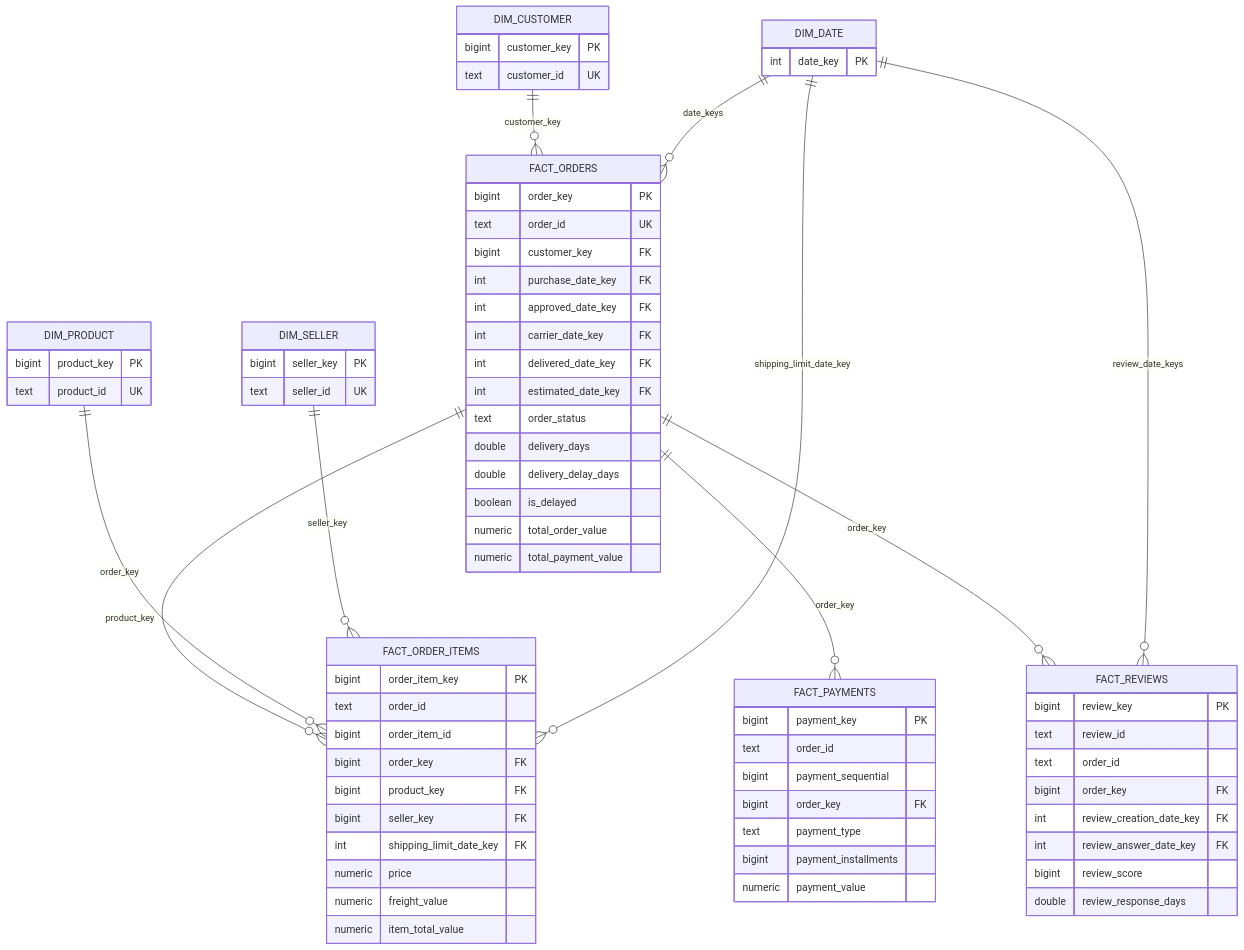
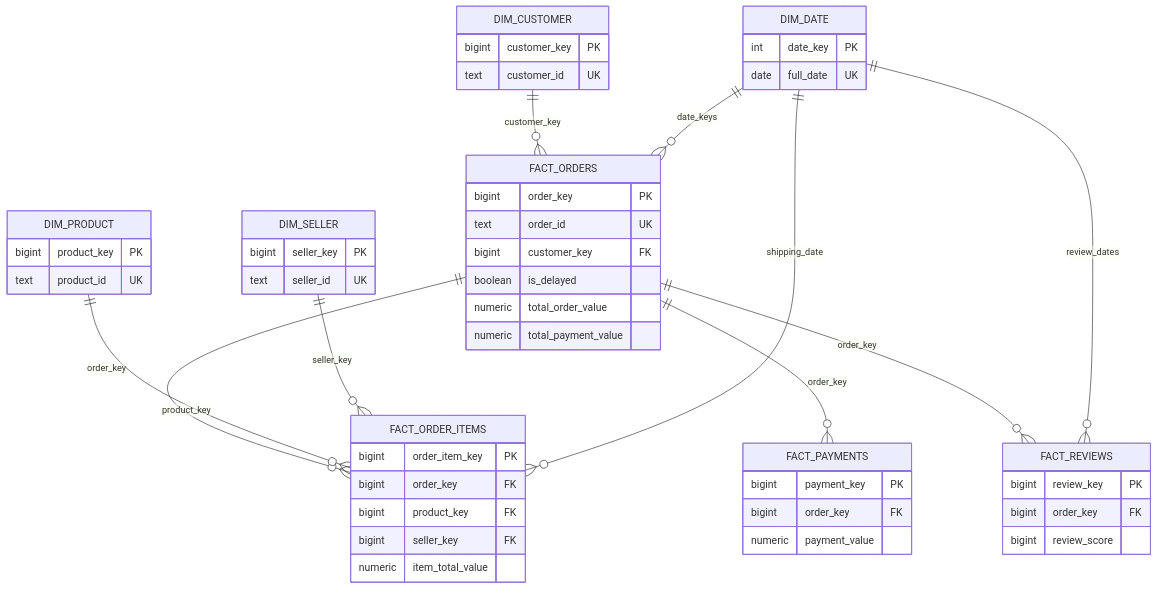
Before and after one commit to anasharouche/ecommerce-data-intelligence: the second of 2 diagrams in docs/PHASE_3_DATA_WAREHOUSE.md, drawn with Mermaid. The commit also changed other lines of this file and 3 other files, not shown here.

````diff
--- a/docs/PHASE_3_DATA_WAREHOUSE.md
+++ b/docs/PHASE_3_DATA_WAREHOUSE.md
@@ -93,82 +142,54 @@
 ```mermaid
 erDiagram
     DIM_CUSTOMER ||--o{ FACT_ORDERS : customer_key
     DIM_DATE ||--o{ FACT_ORDERS : date_keys
     FACT_ORDERS ||--o{ FACT_ORDER_ITEMS : order_key
     FACT_ORDERS ||--o{ FACT_PAYMENTS : order_key
     FACT_ORDERS ||--o{ FACT_REVIEWS : order_key
     DIM_PRODUCT ||--o{ FACT_ORDER_ITEMS : product_key
     DIM_SELLER ||--o{ FACT_ORDER_ITEMS : seller_key
-    DIM_DATE ||--o{ FACT_ORDER_ITEMS : shipping_limit_date_key
-    DIM_DATE ||--o{ FACT_REVIEWS : review_date_keys
+    DIM_DATE ||--o{ FACT_ORDER_ITEMS : shipping_date
+    DIM_DATE ||--o{ FACT_REVIEWS : review_dates
 
     DIM_CUSTOMER {
         bigint customer_key PK
         text customer_id UK
     }
-
     DIM_PRODUCT {
         bigint product_key PK
         text product_id UK
     }
-
     DIM_SELLER {
         bigint seller_key PK
         text seller_id UK
     }
-
     DIM_DATE {
         int date_key PK
+        date full_date UK
     }
-
     FACT_ORDERS {
         bigint order_key PK
         text order_id UK
         bigint customer_key FK
-        int purchase_date_key FK
-        int approved_date_key FK
-        int carrier_date_key FK
-        int delivered_date_key FK
-        int estimated_date_key FK
-        text order_status
-        double delivery_days
-        double delivery_delay_days
         boolean is_delayed
         numeric total_order_value
         numeric total_payment_value
     }
-
     FACT_ORDER_ITEMS {
         bigint order_item_key PK
-        text order_id
-        bigint order_item_id
         bigint order_key FK
         bigint product_key FK
         bigint seller_key FK
-        int shipping_limit_date_key FK
-        numeric price
-        numeric freight_value
         numeric item_total_value
     }
-
     FACT_PAYMENTS {
         bigint payment_key PK
-        text order_id
-        bigint payment_sequential
         bigint order_key FK
-        text payment_type
-        bigint payment_installments
         numeric payment_value
     }
-
     FACT_REVIEWS {
         bigint review_key PK
-        text review_id
-        text order_id
         bigint order_key FK
-        int review_creation_date_key FK
-        int review_answer_date_key FK
         bigint review_score
-        double review_response_days
     }
 ```
````
